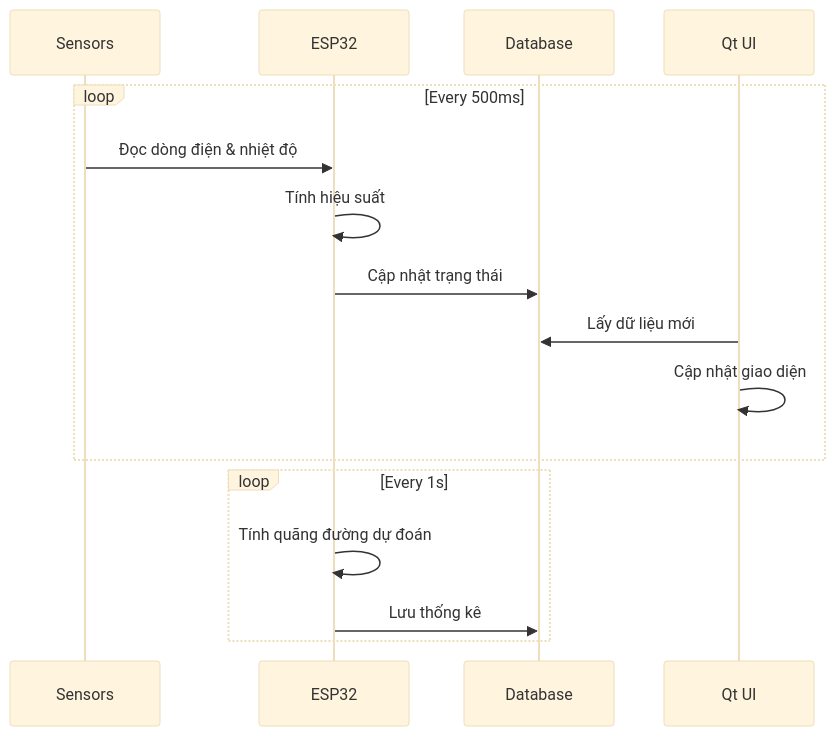
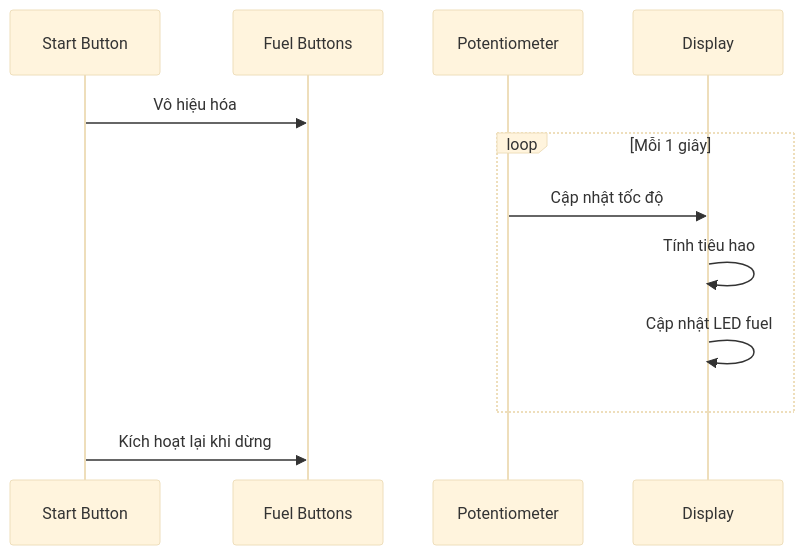
Before and after one commit to anhducad1111/car-dashboard: the third of 4 diagrams in README.md, drawn with Mermaid (base theme). The commit also changed other lines of this file, not shown here.

````diff
--- a/README.md
+++ b/README.md
@@ -108,20 +77,15 @@
 ```mermaid
 sequenceDiagram
-    participant S as Sensors
-    participant E as ESP32
-    participant DB as Database
-    participant Q as Qt UI
-    
-    loop Every 500ms
-        S->>E: Đọc dòng điện & nhiệt độ
-        E->>E: Tính hiệu suất
-        E->>DB: Cập nhật trạng thái
-        Q->>DB: Lấy dữ liệu mới
-        Q->>Q: Cập nhật giao diện
+    participant S as Start Button
+    participant F as Fuel Buttons
+    participant P as Potentiometer
+    participant D as Display
+
+    S->>F: Vô hiệu hóa
+    loop Mỗi 1 giây
+        P->>D: Cập nhật tốc độ
+        D->>D: Tính tiêu hao
+        D->>D: Cập nhật LED fuel
     end
-    
-    loop Every 1s
-        E->>E: Tính quãng đường dự đoán
-        E->>DB: Lưu thống kê
-    end
+    S->>F: Kích hoạt lại khi dừng
 ```
````
